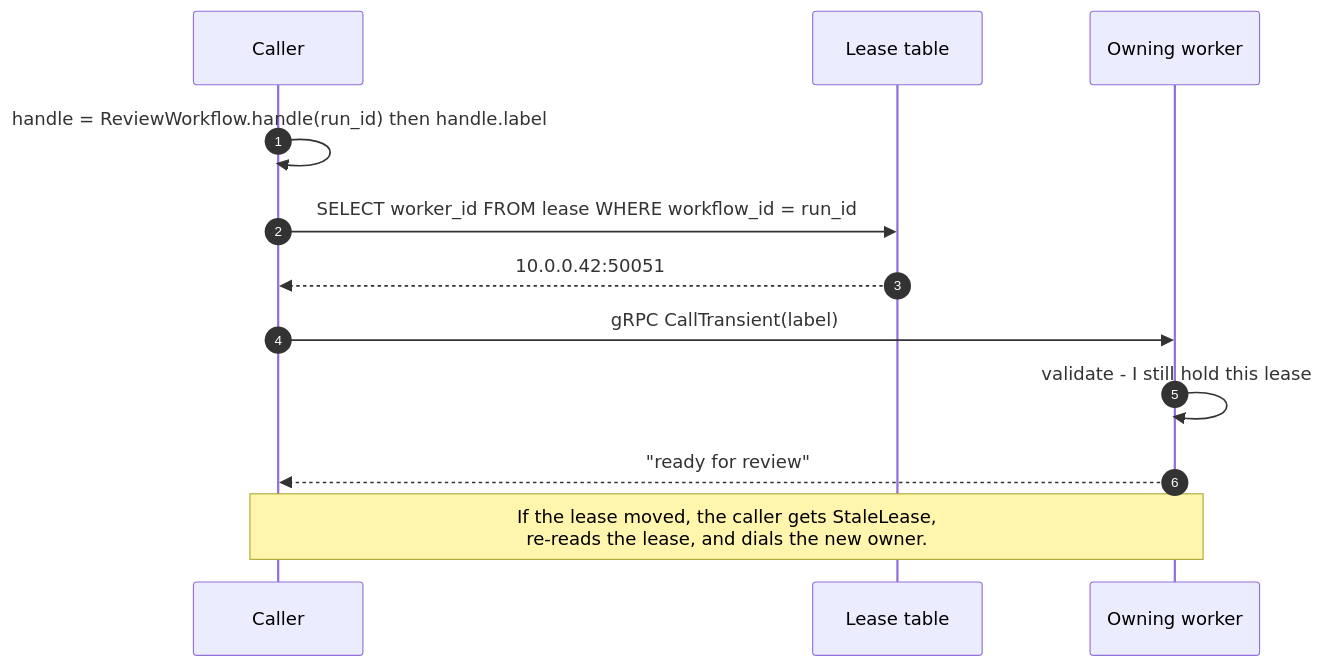
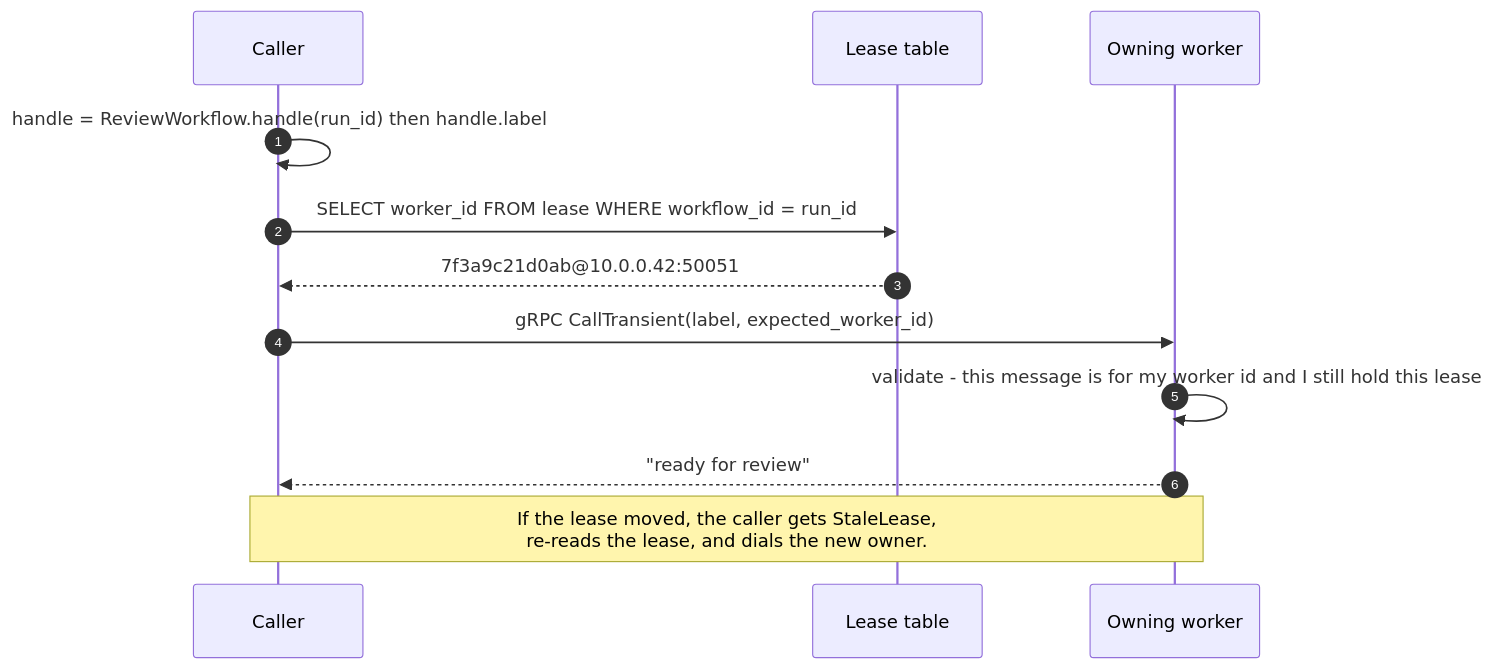
One commit to harrymees/durababble changed the third of 3 diagrams in docs/content/cluster-rpc.md. Above: the diagram before and after it, drawn with Mermaid. The commit also changed other lines of this file and 13 other files, not shown here.

````diff
--- a/docs/content/cluster-rpc.md
+++ b/docs/content/cluster-rpc.md
@@ -98,16 +98,16 @@
 ```mermaid
 sequenceDiagram
     autonumber
     participant C as Caller
     participant DB as Lease table
     participant O as Owning worker
 
     C->>C: handle = ReviewWorkflow.handle(run_id) then handle.label
     C->>DB: SELECT worker_id FROM lease WHERE workflow_id = run_id
-    DB-->>C: 10.0.0.42:50051
-    C->>O: gRPC CallTransient(label)
-    O->>O: validate - I still hold this lease
+    DB-->>C: 7f3a9c21d0ab@10.0.0.42:50051
+    C->>O: gRPC CallTransient(label, expected_worker_id)
+    O->>O: validate - this message is for my worker id and I still hold this lease
     O-->>C: "ready for review"
 
     Note over C,O: If the lease moved, the caller gets StaleLease,<br/>re-reads the lease, and dials the new owner.
 ```
````
